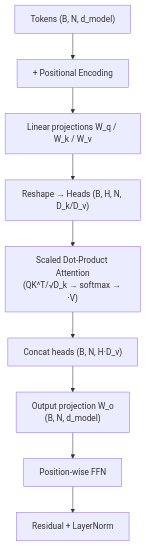
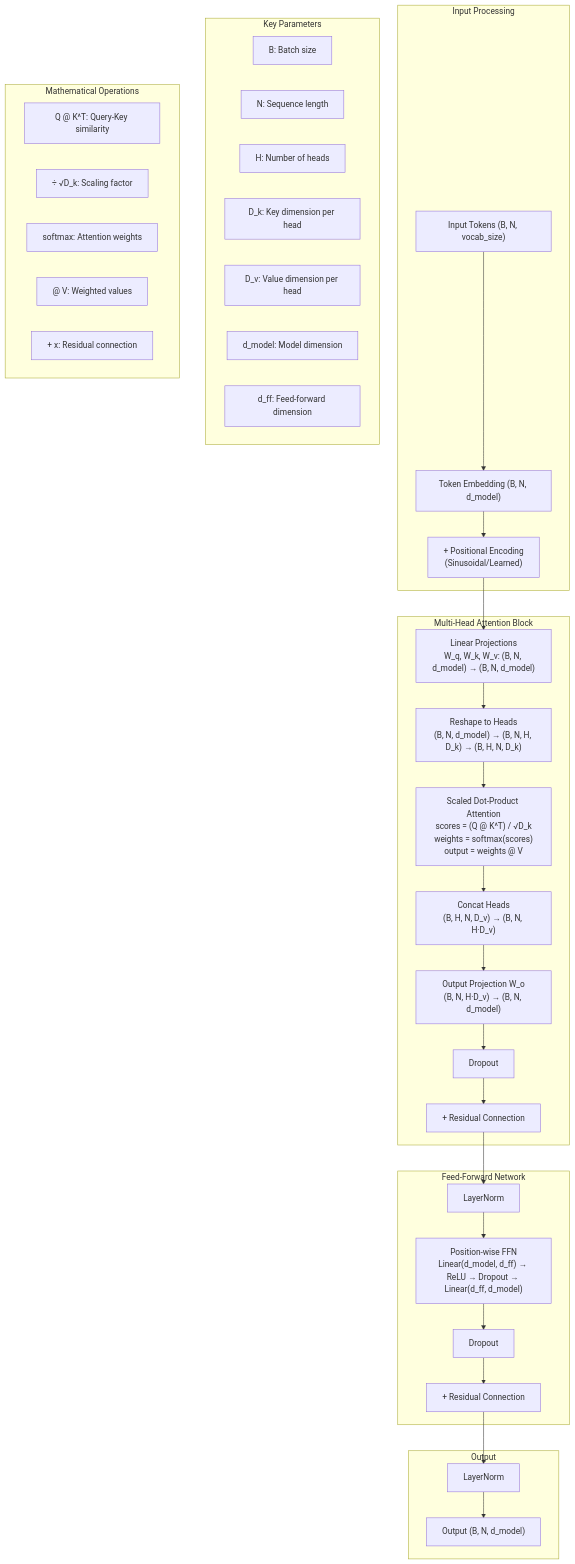
Before and after one commit to Alibhji/deep_learning_fundamentals: the diagram in transformers/01-text-transformers/GRAPH.md, drawn with Mermaid. The commit also changed 7 other files, not shown here.

````diff
--- a/transformers/01-text-transformers/GRAPH.md
+++ b/transformers/01-text-transformers/GRAPH.md
@@ -3,11 +3,47 @@
 ```mermaid
 flowchart TD
-    X["Tokens (B, N, d_model)"] --> PE["+ Positional Encoding"]
-    PE --> WQKV["Linear projections W_q / W_k / W_v"]
-    WQKV --> SPLIT["Reshape → Heads (B, H, N, D_k/D_v)"]
-    SPLIT --> ATTN["Scaled Dot-Product Attention\n(QK^T/√D_k → softmax → ·V)"]
-    ATTN --> CAT["Concat heads (B, N, H·D_v)"]
-    CAT --> WO["Output projection W_o\n(B, N, d_model)"]
-    WO --> FFN["Position-wise FFN"]
-    FFN --> RESNORM["Residual + LayerNorm"]
+    subgraph "Input Processing"
+        TOK["Input Tokens (B, N, vocab_size)"] --> EMB["Token Embedding (B, N, d_model)"]
+        EMB --> PE["+ Positional Encoding<br/>(Sinusoidal/Learned)"]
+    end
+    
+    subgraph "Multi-Head Attention Block"
+        PE --> WQKV["Linear Projections<br/>W_q, W_k, W_v: (B, N, d_model) → (B, N, d_model)"]
+        WQKV --> SPLIT["Reshape to Heads<br/>(B, N, d_model) → (B, N, H, D_k) → (B, H, N, D_k)"]
+        SPLIT --> ATTN["Scaled Dot-Product Attention<br/>scores = (Q @ K^T) / √D_k<br/>weights = softmax(scores)<br/>output = weights @ V"]
+        ATTN --> CAT["Concat Heads<br/>(B, H, N, D_v) → (B, N, H·D_v)"]
+        CAT --> WO["Output Projection W_o<br/>(B, N, H·D_v) → (B, N, d_model)"]
+        WO --> DROP1["Dropout"]
+        DROP1 --> ADD1["+ Residual Connection"]
+    end
+    
+    subgraph "Feed-Forward Network"
+        ADD1 --> NORM1["LayerNorm"]
+        NORM1 --> FFN["Position-wise FFN<br/>Linear(d_model, d_ff) → ReLU → Dropout → Linear(d_ff, d_model)"]
+        FFN --> DROP2["Dropout"]
+        DROP2 --> ADD2["+ Residual Connection"]
+    end
+    
+    subgraph "Output"
+        ADD2 --> NORM2["LayerNorm"]
+        NORM2 --> OUT["Output (B, N, d_model)"]
+    end
+    
+    subgraph "Key Parameters"
+        B["B: Batch size"]
+        N["N: Sequence length"]
+        H["H: Number of heads"]
+        D_K["D_k: Key dimension per head"]
+        D_V["D_v: Value dimension per head"]
+        D_MODEL["d_model: Model dimension"]
+        D_FF["d_ff: Feed-forward dimension"]
+    end
+    
+    subgraph "Mathematical Operations"
+        QKT["Q @ K^T: Query-Key similarity"]
+        SCALE["÷ √D_k: Scaling factor"]
+        SOFTMAX["softmax: Attention weights"]
+        ATTEND["@ V: Weighted values"]
+        RESIDUAL["+ x: Residual connection"]
+    end
 ```
````
